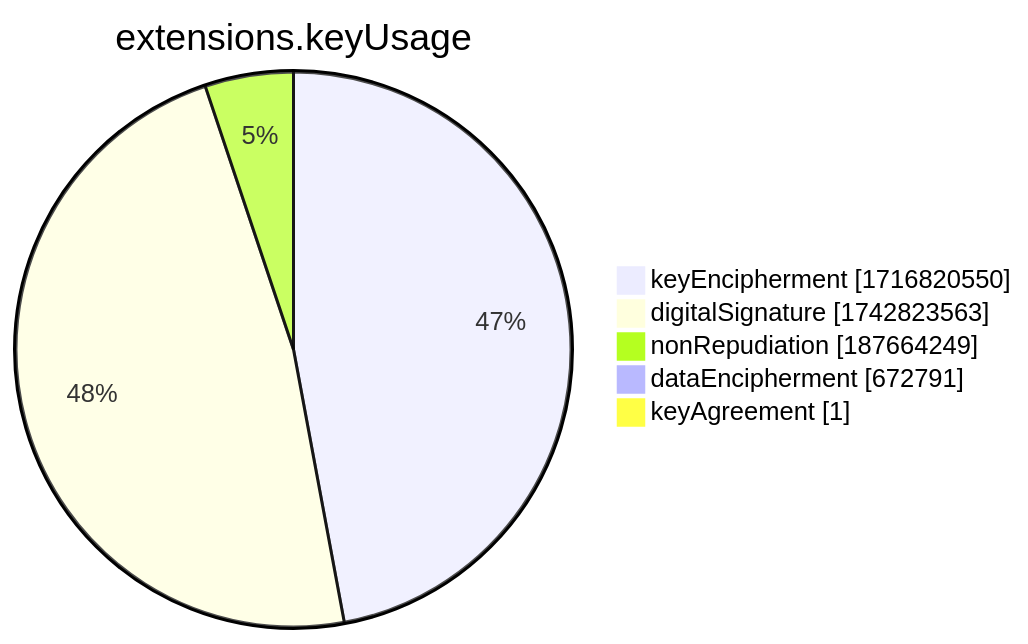
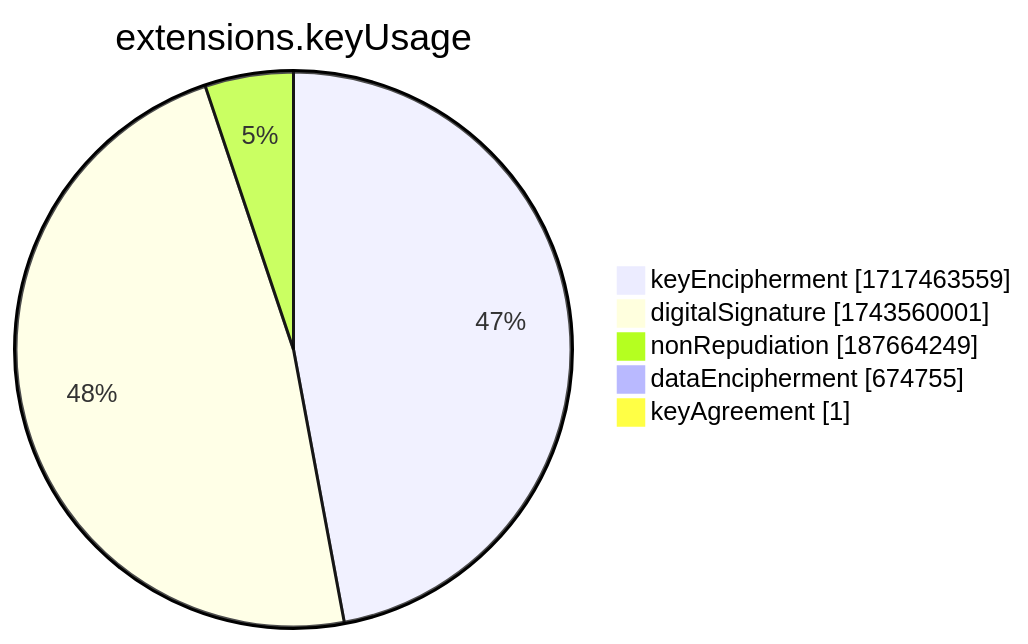
One commit to christiankrug/ctmonitor_visualization changed the seventh of 15 diagrams in xenon2022/README.md. Above: the diagram before and after it, drawn with Mermaid. The commit also changed other lines of this file, not shown here.

````diff
--- a/xenon2022/README.md
+++ b/xenon2022/README.md
@@ -2858,9 +2858,9 @@
 ```mermaid
 pie showData
 title extensions.keyUsage
-"keyEncipherment" :1716820550
-"digitalSignature" :1742823563
+"keyEncipherment" :1717463559
+"digitalSignature" :1743560001
 "nonRepudiation" :187664249
-"dataEncipherment" :672791
+"dataEncipherment" :674755
 "keyAgreement" :1
 ```
````
